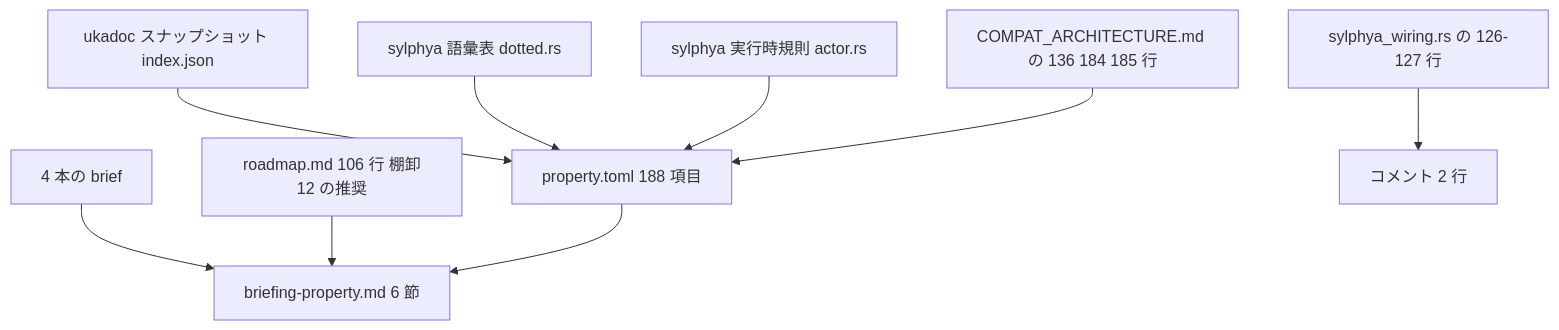
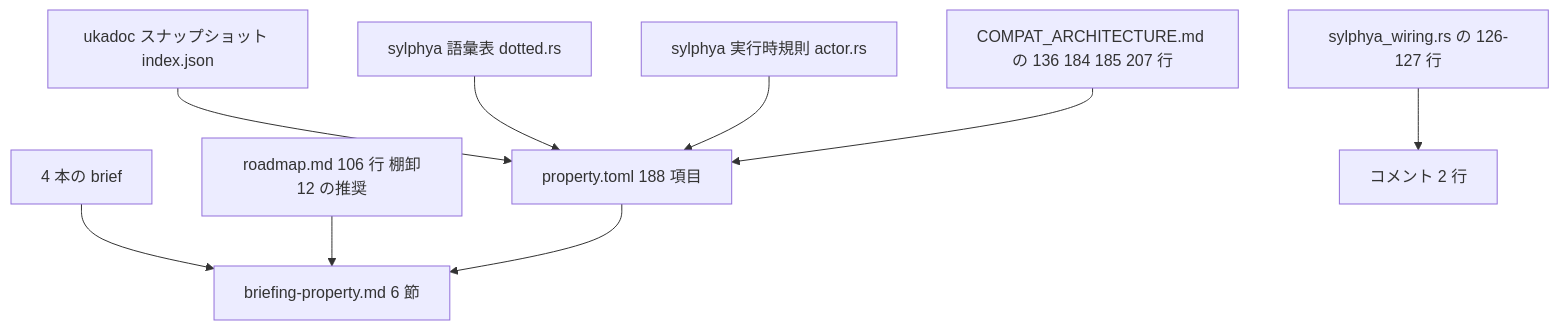
Before and after one commit to ekicyou/areka: the diagram in .kiro/specs/areka-P0-ukadoc-survey-property/design.md, drawn with Mermaid. The commit also changed other lines of this file and 5 other files, not shown here.

````diff
--- a/.kiro/specs/areka-P0-ukadoc-survey-property/design.md
+++ b/.kiro/specs/areka-P0-ukadoc-survey-property/design.md
@@ -76,23 +76,23 @@
 ```mermaid
 graph TB
     Snapshot[ukadoc スナップショット index.json]
     Vocab[sylphya 語彙表 dotted.rs]
     Rule[sylphya 実行時規則 actor.rs]
     Wiring[sylphya_wiring.rs の 126-127 行]
-    Compat[COMPAT_ARCHITECTURE.md の 136 184 185 行]
+    Compat[COMPAT_ARCHITECTURE.md の 136 184 185 207 行]
     Briefs[4 本の brief]
     Roadmap[roadmap.md 106 行 棚卸12 の推奨]
 
     Ledger[property.toml 188 項目]
     Briefing[briefing-property.md 6 節]
     DocComment[コメント 2 行]
 
     Snapshot --> Ledger
     Vocab --> Ledger
     Rule --> Ledger
     Compat --> Ledger
     Wiring --> DocComment
     Briefs --> Briefing
     Roadmap --> Briefing
     Ledger --> Briefing
 ```
````
